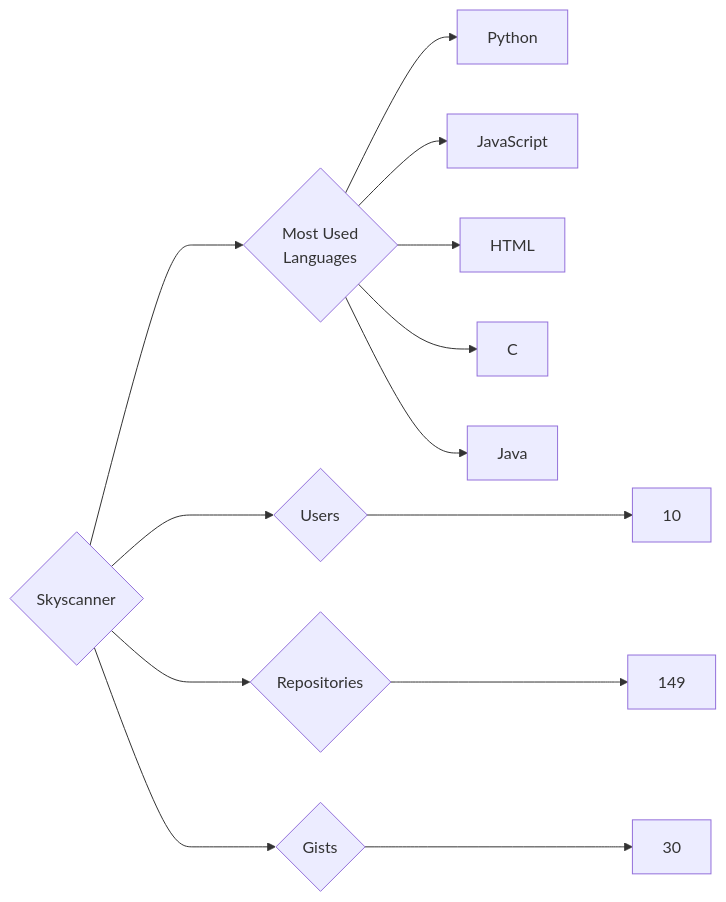
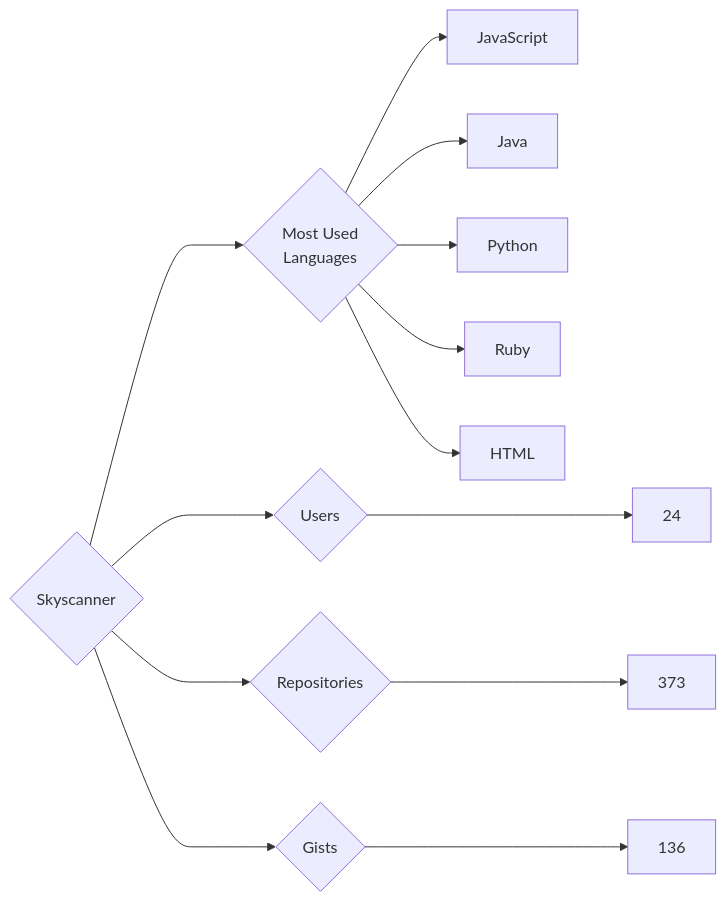
One commit to trickest/insiders changed the diagram in targets/Skyscanner/README.md. Above: the diagram before and after it, drawn with Mermaid. The commit also changed 972 other files, not shown here.

````diff
--- a/targets/Skyscanner/README.md
+++ b/targets/Skyscanner/README.md
@@ -3,13 +3,13 @@
 ```mermaid
 graph LR
 COMPANY_NAME{Skyscanner}
-COMPANY_NAME ---> U{Users} ---> UN[10]
-COMPANY_NAME ---> R{Repositories} ---> RN[149]
-COMPANY_NAME ---> G{Gists} ---> GN[30]
+COMPANY_NAME ---> U{Users} ---> UN[24]
+COMPANY_NAME ---> R{Repositories} ---> RN[373]
+COMPANY_NAME ---> G{Gists} ---> GN[136]
 COMPANY_NAME ---> ML{Most Used<br>Languages}
+ML --> JavaScript[JavaScript]
+ML --> Java[Java]
 ML --> Python[Python]
-ML --> JavaScript[JavaScript]
+ML --> Ruby[Ruby]
 ML --> HTML[HTML]
-ML --> C[C]
-ML --> Java[Java]
 ```
````
